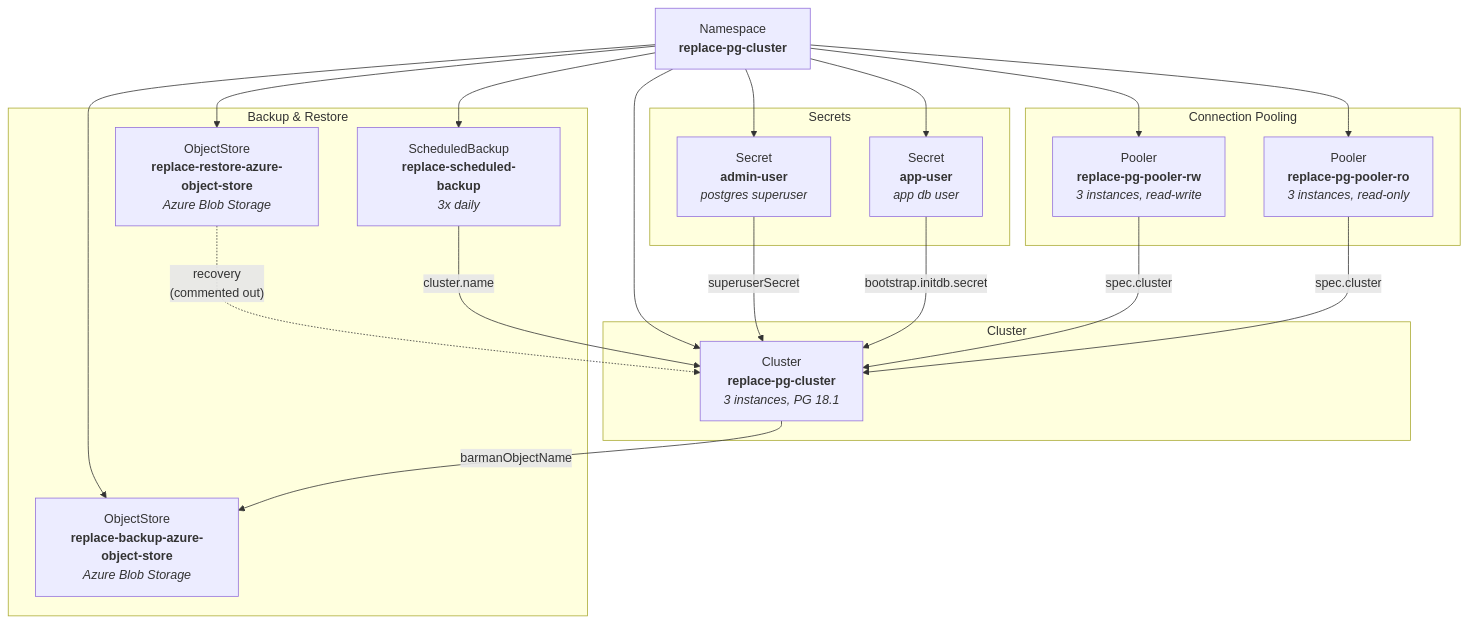
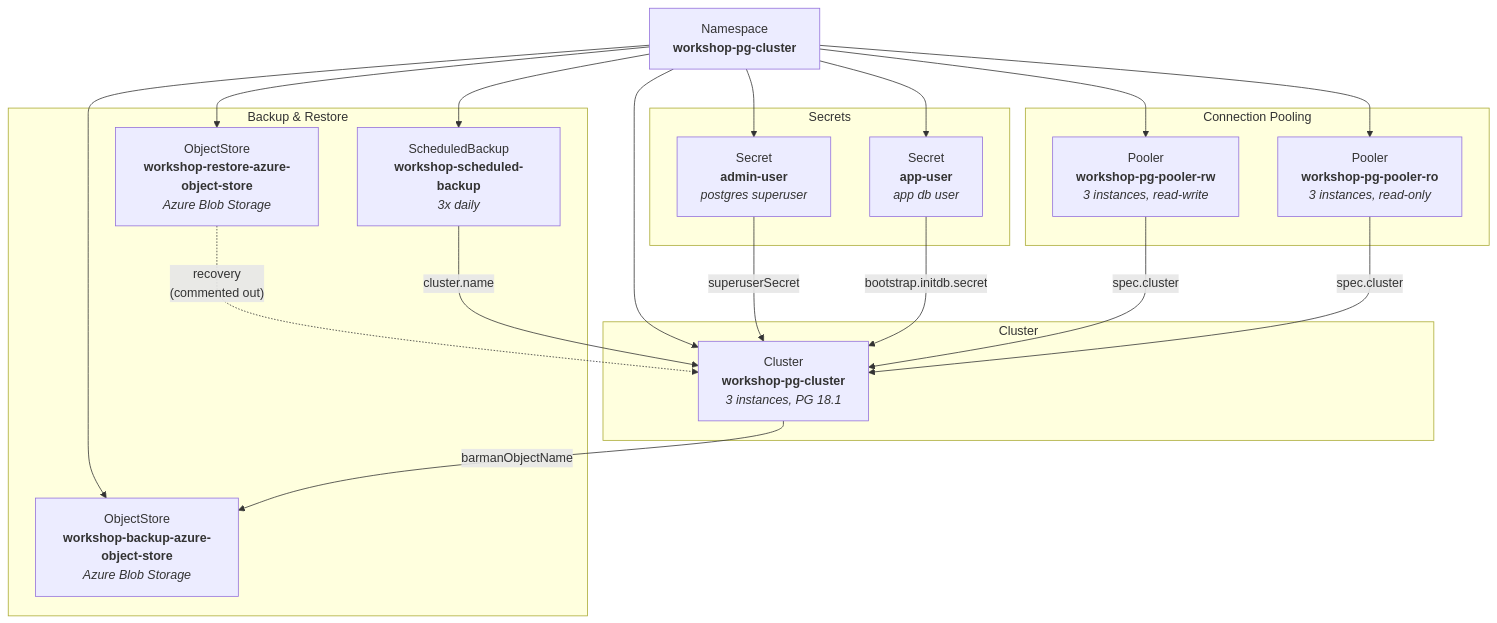
One commit to cmarker0/cnpg-workshop changed the diagram in README.md. Above: the diagram before and after it, drawn with Mermaid. The commit also changed 13 other files, not shown here.

Commit message:
refactor: update cluster and resource names to use 'workshop-pg-cluster' and related configurations

````diff
--- a/README.md
+++ b/README.md
@@ -7,51 +7,51 @@
 ```mermaid
 graph TD
-    NS[Namespace<br/><b>replace-pg-cluster</b>]
+    NS[Namespace<br/><b>workshop-pg-cluster</b>]
 
     subgraph Secrets
         SEC_ADMIN[Secret<br/><b>admin-user</b><br/><i>postgres superuser</i>]
         SEC_APP[Secret<br/><b>app-user</b><br/><i>app db user</i>]
     end
 
     subgraph Cluster
-        CL[Cluster<br/><b>replace-pg-cluster</b><br/><i>3 instances, PG 18.1</i>]
+        CL[Cluster<br/><b>workshop-pg-cluster</b><br/><i>3 instances, PG 18.1</i>]
     end
 
     subgraph Backup & Restore
-        SB[ScheduledBackup<br/><b>replace-scheduled-backup</b><br/><i>3x daily</i>]
-        BOS[ObjectStore<br/><b>replace-backup-azure-object-store</b><br/><i>Azure Blob Storage</i>]
-        ROS[ObjectStore<br/><b>replace-restore-azure-object-store</b><br/><i>Azure Blob Storage</i>]
+        SB[ScheduledBackup<br/><b>workshop-scheduled-backup</b><br/><i>3x daily</i>]
+        BOS[ObjectStore<br/><b>workshop-backup-azure-object-store</b><br/><i>Azure Blob Storage</i>]
+        ROS[ObjectStore<br/><b>workshop-restore-azure-object-store</b><br/><i>Azure Blob Storage</i>]
     end
 
     subgraph Connection Pooling
-        RW[Pooler<br/><b>replace-pg-pooler-rw</b><br/><i>3 instances, read-write</i>]
-        RO[Pooler<br/><b>replace-pg-pooler-ro</b><br/><i>3 instances, read-only</i>]
+        RW[Pooler<br/><b>workshop-pg-pooler-rw</b><br/><i>3 instances, read-write</i>]
+        RO[Pooler<br/><b>workshop-pg-pooler-ro</b><br/><i>3 instances, read-only</i>]
     end
 
     %% Namespace contains everything
     NS --> SEC_ADMIN
     NS --> SEC_APP
     NS --> CL
     NS --> SB
     NS --> BOS
     NS --> ROS
     NS --> RW
     NS --> RO
 
     %% Cluster references secrets
     SEC_ADMIN -- "superuserSecret" --> CL
     SEC_APP -- "bootstrap.initdb.secret" --> CL
 
     %% Cluster references backup object store
     CL -- "barmanObjectName" --> BOS
 
     %% Cluster recovery (commented out)
     ROS -. "recovery<br/>(commented out)" .-> CL
 
     %% ScheduledBackup targets the cluster
     SB -- "cluster.name" --> CL
 
     %% Poolers reference the cluster
     RW -- "spec.cluster" --> CL
     RO -- "spec.cluster" --> CL
 ```
````
